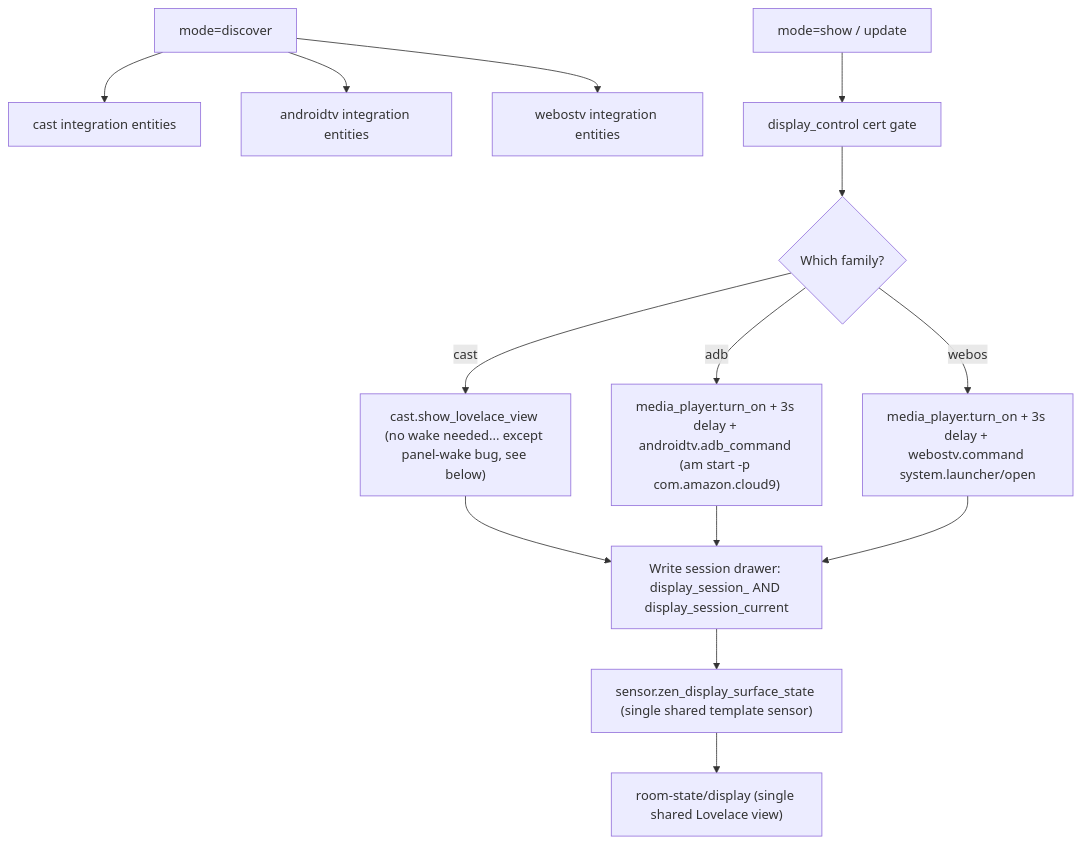
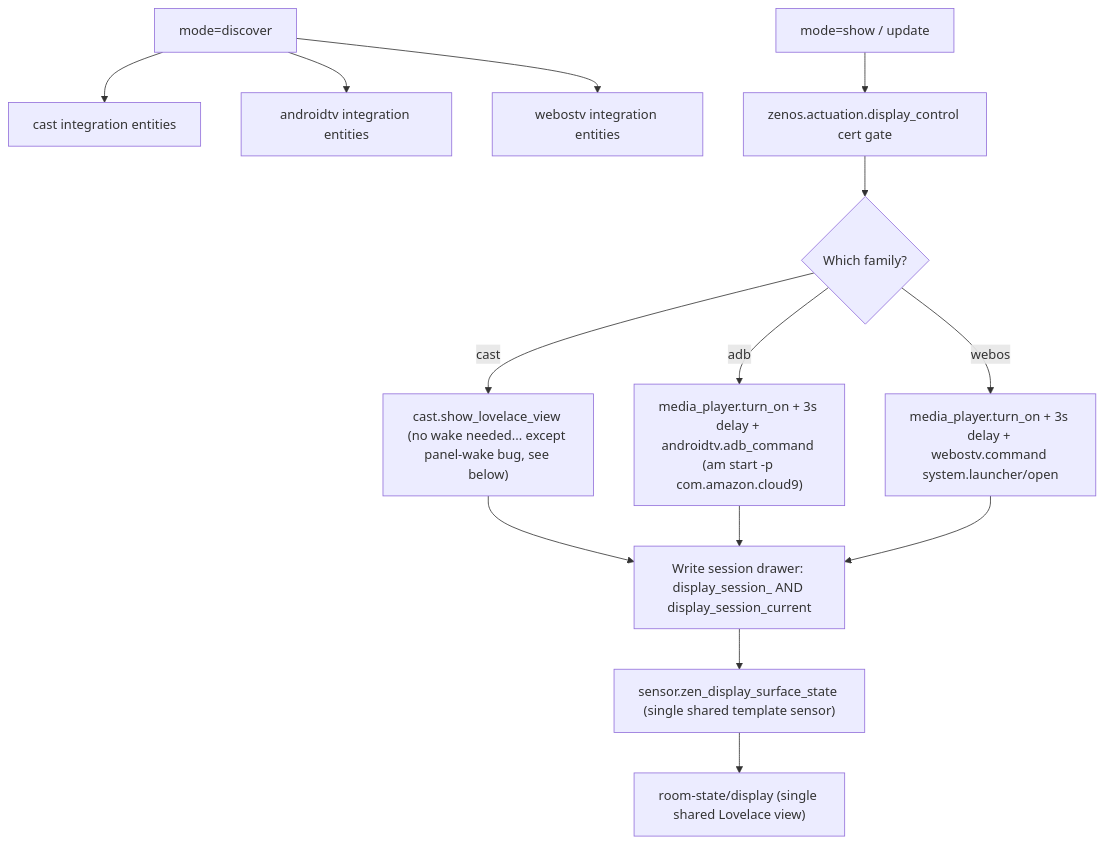
The diagram in zenos_ai/docs/scripts/zen_dojotools_display_readme.md (nathan-curtis/zenos-ai), drawn with Mermaid before and after one commit. The commit also changed other lines of this file and 121 other files, not shown here.

````diff
--- a/zenos_ai/docs/scripts/zen_dojotools_display_readme.md
+++ b/zenos_ai/docs/scripts/zen_dojotools_display_readme.md
@@ -35,28 +37,28 @@
 ```mermaid
 flowchart TD
   Discover["mode=discover"]
   Cast["cast integration entities"]
   Adb["androidtv integration entities"]
   Webos["webostv integration entities"]
   Show["mode=show / update"]
-  Cert["display_control cert gate"]
+  Cert["zenos.actuation.display_control cert gate"]
   Family{"Which family?"}
   CastGo["cast.show_lovelace_view (no wake needed... except panel-wake bug, see below)"]
   AdbGo["media_player.turn_on + 3s delay + androidtv.adb_command (am start -p com.amazon.cloud9)"]
   WebosGo["media_player.turn_on + 3s delay + webostv.command system.launcher/open"]
   Drawer["Write session drawer: display_session_<slug> AND display_session_current"]
   Sensor["sensor.zen_display_surface_state (single shared template sensor)"]
   View["room-state/display (single shared Lovelace view)"]
 
   Discover --> Cast
   Discover --> Adb
   Discover --> Webos
   Show --> Cert --> Family
   Family -->|cast| CastGo
   Family -->|adb| AdbGo
   Family -->|webos| WebosGo
   CastGo --> Drawer
   AdbGo --> Drawer
   WebosGo --> Drawer
   Drawer --> Sensor --> View
 ```
````
